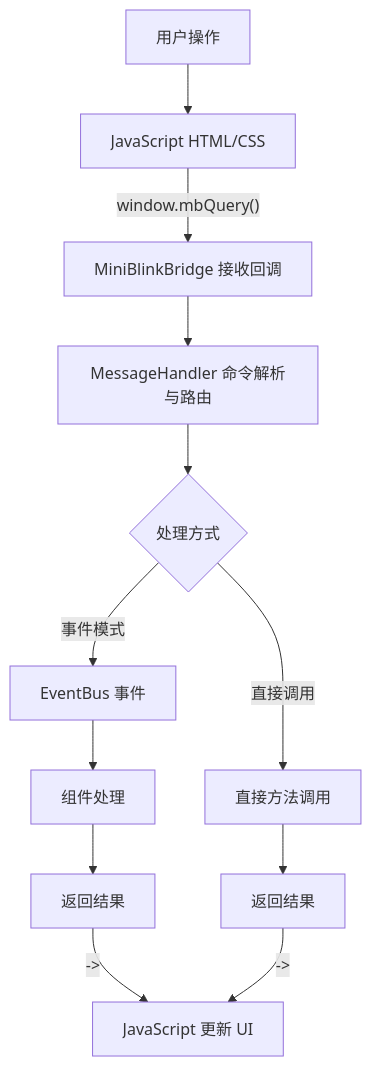
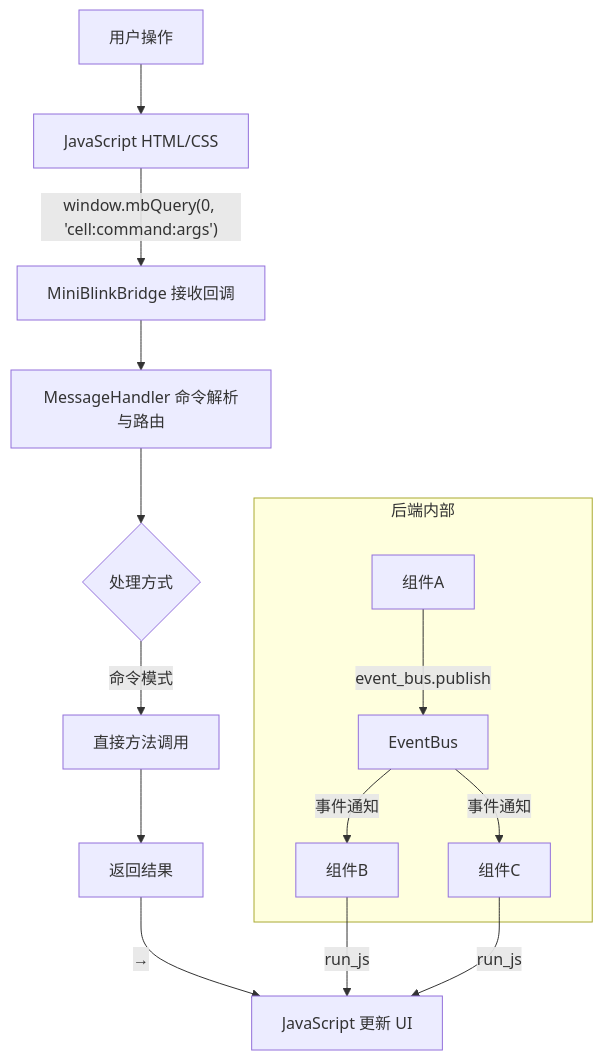
Before and after one commit to Cellium-Project/Cellium: the third of 4 diagrams in README.md, drawn with Mermaid. The commit also changed other lines of this file and 7 other files, not shown here.

````diff
--- a/README.md
+++ b/README.md
@@ -282,17 +282,21 @@
 ```mermaid
 flowchart TD
     A["用户操作"] --> B["JavaScript HTML/CSS"]
-    B -->|"window.mbQuery()"| C["MiniBlinkBridge 接收回调"]
+    B -->|"window.mbQuery(0, 'cell:command:args')"| C["MiniBlinkBridge 接收回调"]
     C --> D["MessageHandler 命令解析与路由"]
 
     D --> E{处理方式}
-    E -->|"事件模式"| F["EventBus 事件"]
-    E -->|"直接调用"| G["直接方法调用"]
+    E -->|"命令模式"| G["直接方法调用"]
 
-    F --> H["组件处理"]
     G --> I["返回结果"]
-    H --> J["返回结果"]
+    I -->|"→"| K["JavaScript 更新 UI"]
 
-    J -->|"->"| K["JavaScript 更新 UI"]
-    I -->|"->"| K
+    subgraph 后端内部
+    L["组件A"] -->|event_bus.publish| M["EventBus"]
+    M -->|事件通知| N["组件B"]
+    M -->|事件通知| O["组件C"]
+    end
+
+    N -->|"run_js"| K
+    O -->|"run_js"| K
 ```
````
